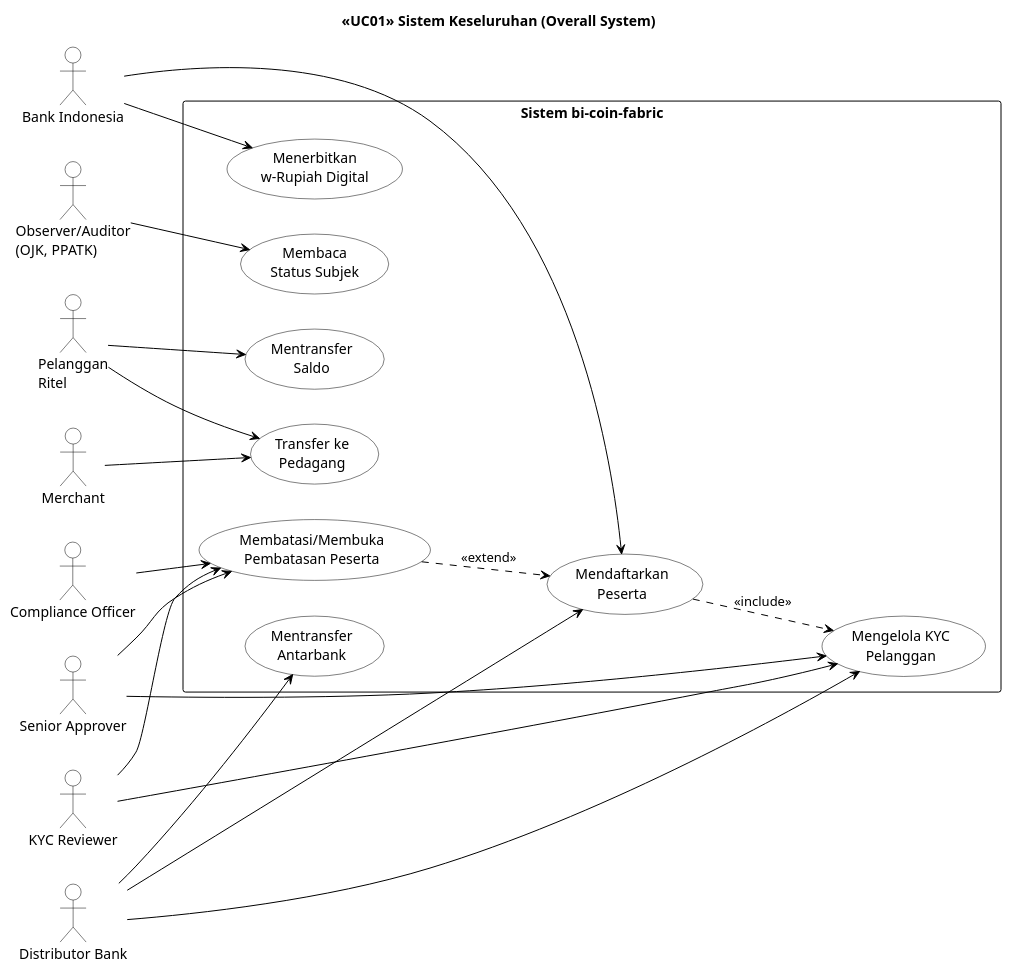
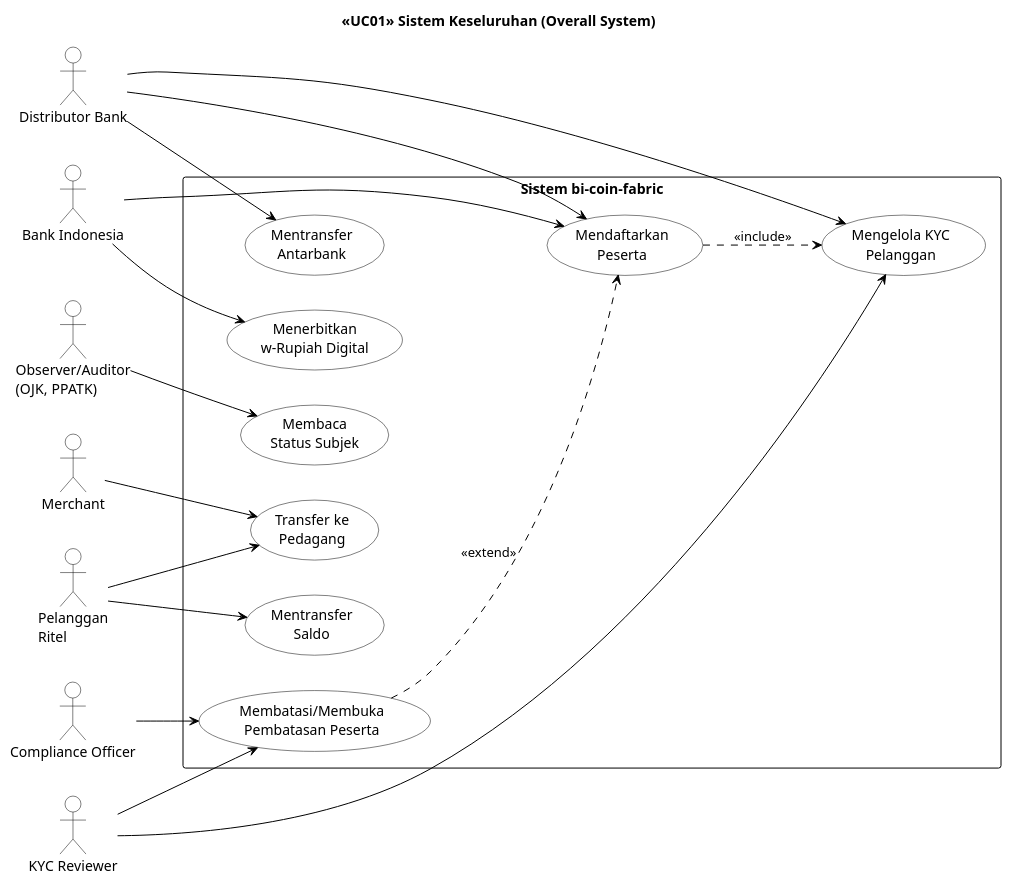
One commit to mfachrizalg/bi-coin changed the first of 3 diagrams in bi-coin-fabric/docs/diagrams/plantuml/use-case-diagrams.puml. Above: the diagram before and after it, drawn with PlantUML. The commit also changed other lines of this file and 37 other files, not shown here.

```diff
--- a/bi-coin-fabric/docs/diagrams/plantuml/use-case-diagrams.puml
+++ b/bi-coin-fabric/docs/diagrams/plantuml/use-case-diagrams.puml
@@ -1,54 +1,51 @@
 @startuml
 skinparam monochrome true
 left to right direction
 skinparam packageBorderColor black
 skinparam packageBackgroundColor none
 skinparam usecaseBorderColor black
 skinparam usecaseBackgroundColor white
 skinparam actorBorderColor black
 skinparam actorBackgroundColor white
 skinparam arrowColor black
 
 title <<UC01>> Sistem Keseluruhan (Overall System)
 
 left to right direction
 
 actor "Bank Indonesia" as BI
 actor "Distributor Bank" as DB
 actor "Merchant" as M
 actor "Pelanggan\nRitel" as PR
 actor "Observer/Auditor\n(OJK, PPATK)" as OBS
 actor "KYC Reviewer" as KYC
-actor "Senior Approver" as SA
 actor "Compliance Officer" as CO
 
 rectangle "Sistem bi-coin-fabric" {
   usecase "Mendaftarkan\nPeserta" as UC1
   usecase "Menerbitkan\nw-Rupiah Digital" as UC2
   usecase "Mentransfer\nAntarbank" as UC3
   usecase "Mengelola KYC\nPelanggan" as UC4
   usecase "Mentransfer\nSaldo" as UC5
   usecase "Transfer ke\nPedagang" as UC6
   usecase "Membatasi/Membuka\nPembatasan Peserta" as UC8
   usecase "Membaca\nStatus Subjek" as UC10
 }
 
 BI --> UC1
 BI --> UC2
 DB --> UC3
 DB --> UC1
 DB --> UC4
 M --> UC6
 PR --> UC5
 PR --> UC6
 OBS --> UC10
 KYC --> UC4
-SA --> UC4
 KYC --> UC8
-SA --> UC8
 CO --> UC8
 
 UC1 ..> UC4 : <<include>>
 UC8 ..> UC1 : <<extend>>
 
 @enduml
```
